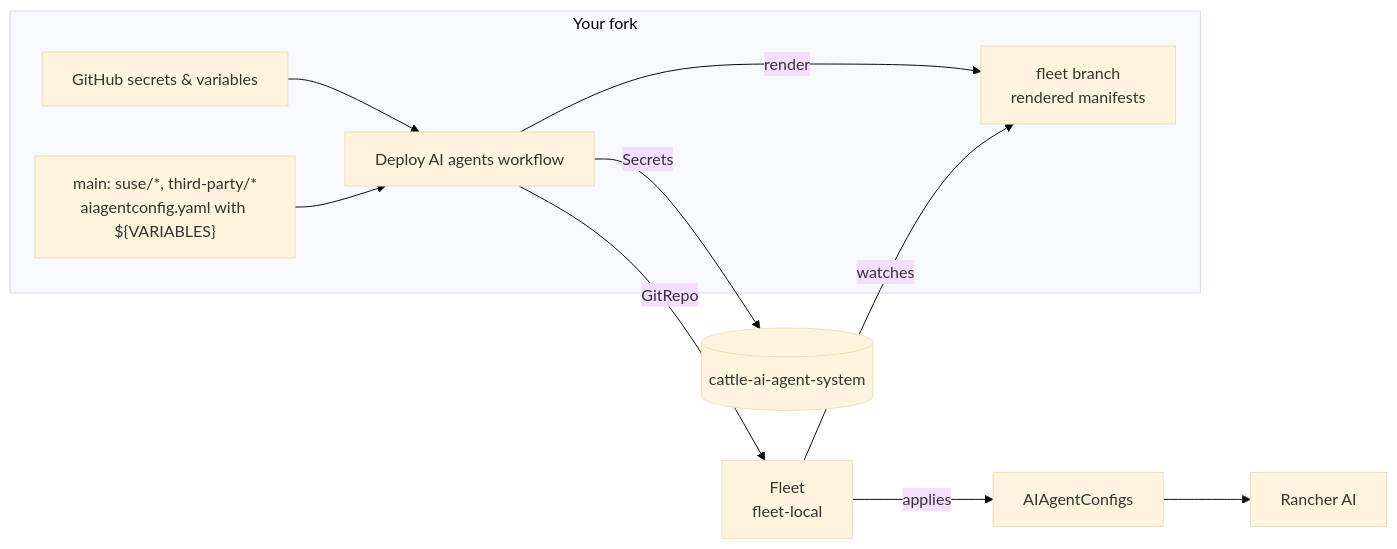
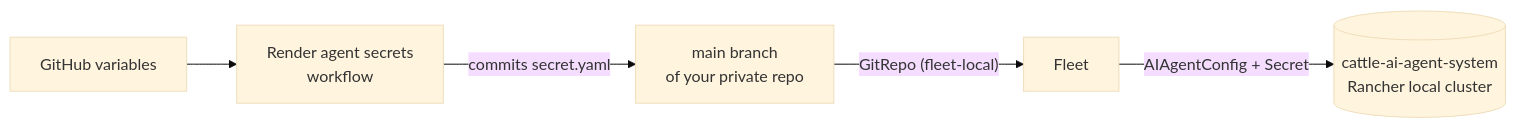
Before and after one commit to jp-gouin/rancher-ai-agents-fleet: the diagram in README.md, drawn with Mermaid (base theme). The commit also changed other lines of this file and 56 other files, not shown here.

First line of the commit message:
Let Fleet do the deploying: fleet.yaml per agent, Secrets rendered into git

````diff
--- a/README.md
+++ b/README.md
@@ -45,16 +56,7 @@
 ```mermaid
 flowchart LR
-  subgraph fork[Your fork]
-    T["main: suse/*, third-party/*<br/>aiagentconfig.yaml with ${VARIABLES}"]
-    S[GitHub secrets & variables]
-    W[Deploy AI agents workflow]
-    B["fleet branch<br/>rendered manifests"]
-  end
-  S --> W
-  T --> W
-  W -- render --> B
-  W -- "Secrets" --> NS[(cattle-ai-agent-system)]
-  W -- "GitRepo" --> F[Fleet<br/>fleet-local]
-  F -- watches --> B
-  F -- applies --> A[AIAgentConfigs] --> R[Rancher AI]
+  V[GitHub variables] --> W[Render agent secrets<br/>workflow]
+  W -- "commits secret.yaml" --> M[main branch<br/>of your private repo]
+  M -- "GitRepo (fleet-local)" --> F[Fleet]
+  F -- "AIAgentConfig + Secret" --> NS[(cattle-ai-agent-system<br/>Rancher local cluster)]
 ```
````
